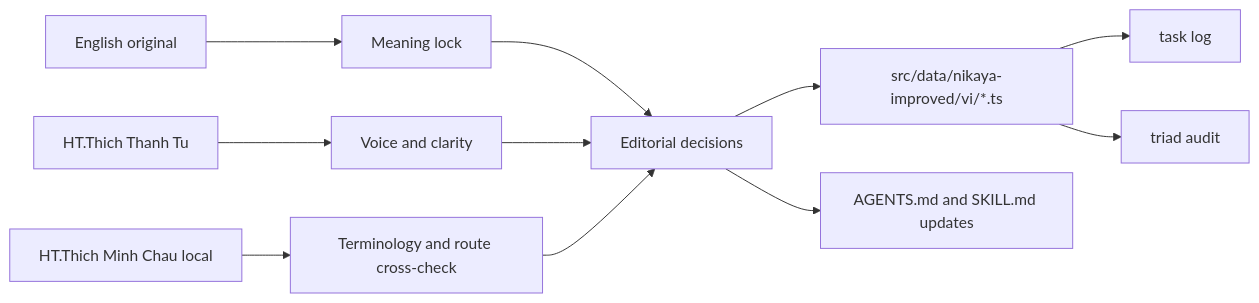
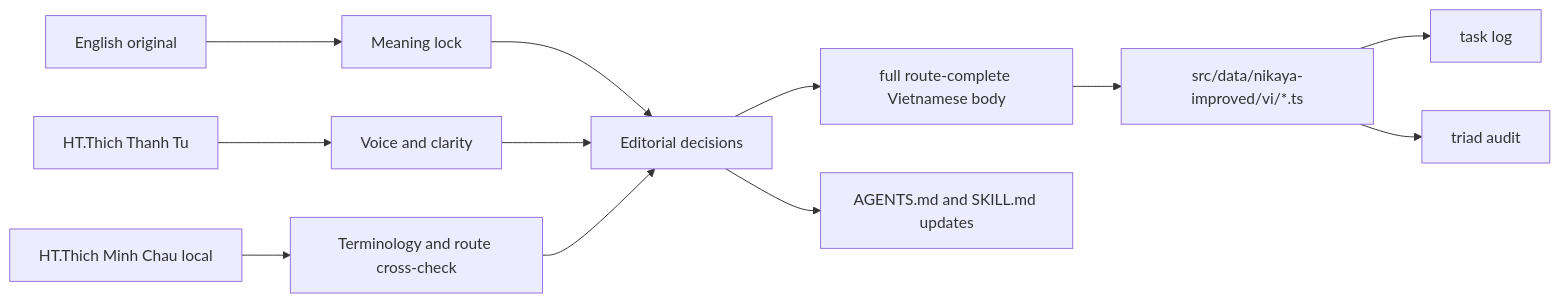
One commit to cschanhniem/cschanhniem.github.io changed the third of 3 diagrams in docs/manual-2026-agent-prompts.md. Above: the diagram before and after it, drawn with Mermaid. The commit also changed other lines of this file and 15 other files, not shown here.

````diff
--- a/docs/manual-2026-agent-prompts.md
+++ b/docs/manual-2026-agent-prompts.md
@@ -245,13 +283,14 @@
 ```mermaid
 flowchart LR
     A[English original] --> D[Meaning lock]
     B[HT.Thich Thanh Tu] --> E[Voice and clarity]
     C[HT.Thich Minh Chau local] --> F[Terminology and route cross-check]
     D --> G[Editorial decisions]
     E --> G
     F --> G
-    G --> H[src/data/nikaya-improved/vi/*.ts]
-    H --> I[task log]
-    H --> J[triad audit]
-    G --> K[AGENTS.md and SKILL.md updates]
+    G --> H[full route-complete Vietnamese body]
+    H --> I[src/data/nikaya-improved/vi/*.ts]
+    I --> J[task log]
+    I --> K[triad audit]
+    G --> L[AGENTS.md and SKILL.md updates]
 ```
````
